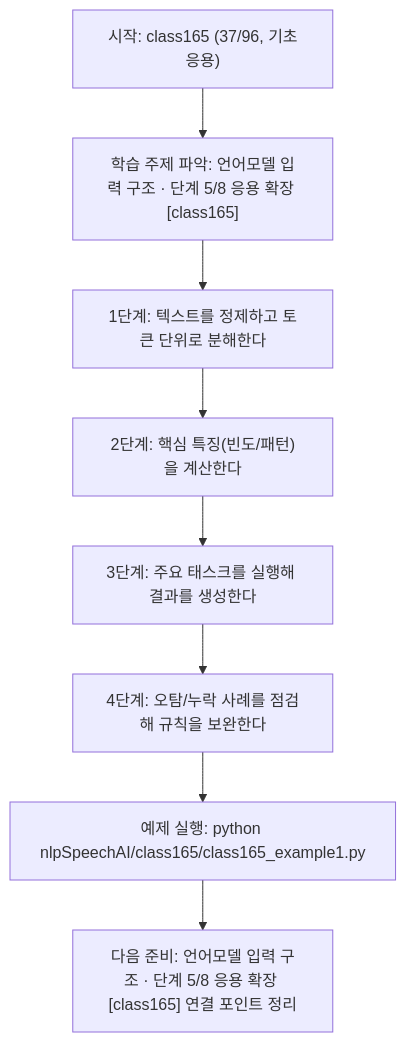
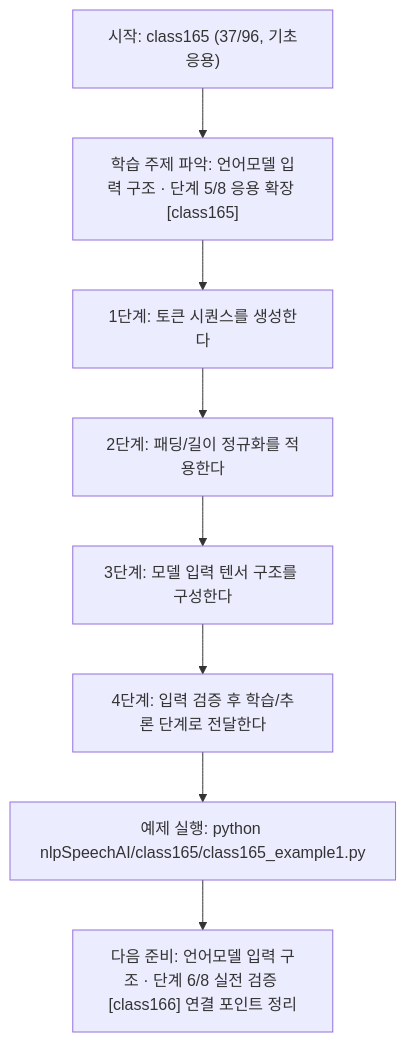
The diagram in nlpSpeechAI/class165/class165.md (edumgt/Python-AI_Agent-Class), drawn with Mermaid before and after one commit. The commit also changed other lines of this file and 1122 other files, not shown here.

````diff
--- a/nlpSpeechAI/class165/class165.md
+++ b/nlpSpeechAI/class165/class165.md
@@ -114,18 +95,18 @@
 ```mermaid
 flowchart TD
 N1["시작: class165 (37/96, 기초응용)"]
 N2["학습 주제 파악: 언어모델 입력 구조 · 단계 5/8 응용 확장 [class165]"]
-N3["1단계: 텍스트를 정제하고 토큰 단위로 분해한다"]
-N4["2단계: 핵심 특징(빈도/패턴)을 계산한다"]
-N5["3단계: 주요 태스크를 실행해 결과를 생성한다"]
-N6["4단계: 오탐/누락 사례를 점검해 규칙을 보완한다"]
+N3["1단계: 토큰 시퀀스를 생성한다"]
+N4["2단계: 패딩/길이 정규화를 적용한다"]
+N5["3단계: 모델 입력 텐서 구조를 구성한다"]
+N6["4단계: 입력 검증 후 학습/추론 단계로 전달한다"]
 N7["예제 실행: python nlpSpeechAI/class165/class165_example1.py"]
-N8["다음 준비: 언어모델 입력 구조 · 단계 5/8 응용 확장 [class165] 연결 포인트 정리"]
+N8["다음 준비: 언어모델 입력 구조 · 단계 6/8 실전 검증 [class166] 연결 포인트 정리"]
 N1 --> N2
 N2 --> N3
 N3 --> N4
 N4 --> N5
 N5 --> N6
 N6 --> N7
 N7 --> N8
 ```
````
